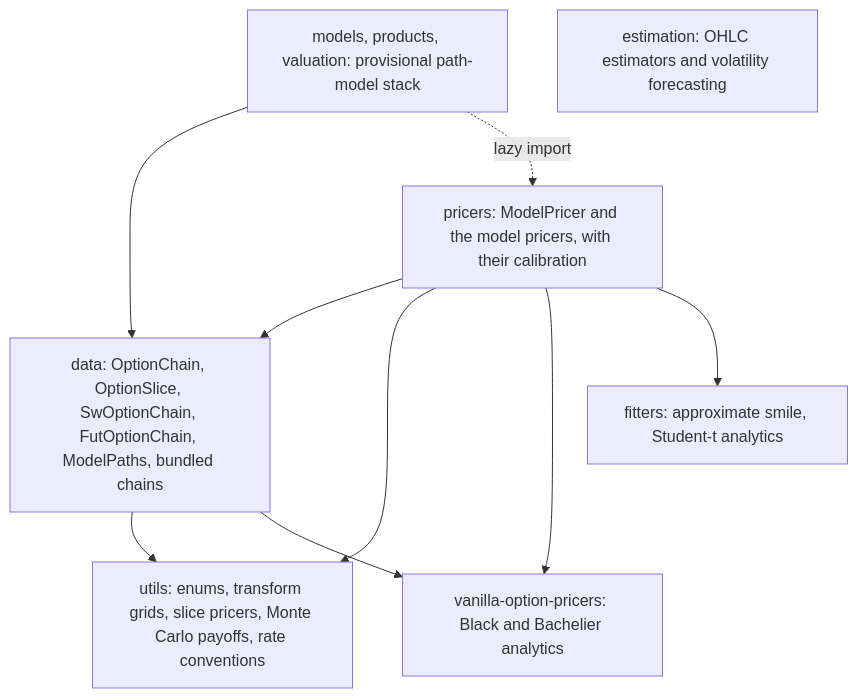
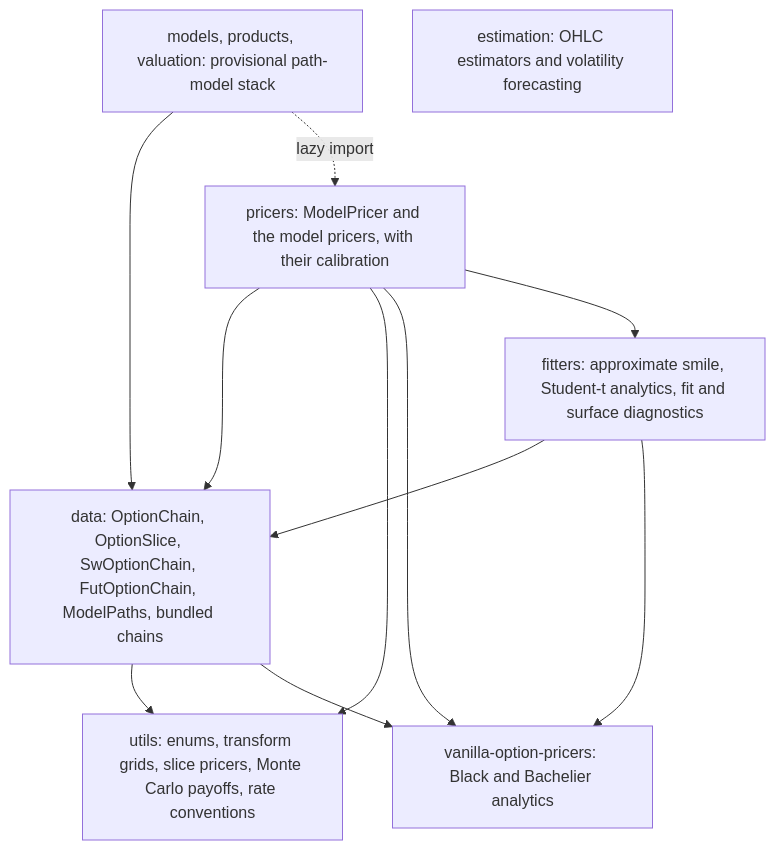
One commit to ArturSepp/StochVolModels changed the diagram in docs/software_design.md. Above: the diagram before and after it, drawn with Mermaid. The commit also changed other lines of this file and 60 other files, not shown here.

First line of the commit message:
Align numerical conventions, Heston models and fit diagnostics

````diff
--- a/docs/software_design.md
+++ b/docs/software_design.md
@@ -25,18 +25,20 @@
 ```mermaid
 flowchart TB
     V["vanilla-option-pricers: Black and Bachelier analytics"]
     U["utils: enums, transform grids, slice pricers, Monte Carlo payoffs, rate conventions"]
     D["data: OptionChain, OptionSlice, SwOptionChain, FutOptionChain, ModelPaths, bundled chains"]
     P["pricers: ModelPricer and the model pricers, with their calibration"]
-    F["fitters: approximate smile, Student-t analytics"]
+    F["fitters: approximate smile, Student-t analytics, fit and surface diagnostics"]
     M["models, products, valuation: provisional path-model stack"]
     E["estimation: OHLC estimators and volatility forecasting"]
     D --> U
     D --> V
     P --> D
     P --> U
     P --> V
     P --> F
+    F --> D
+    F --> V
     M --> D
     M -. lazy import .-> P
 ```
````
